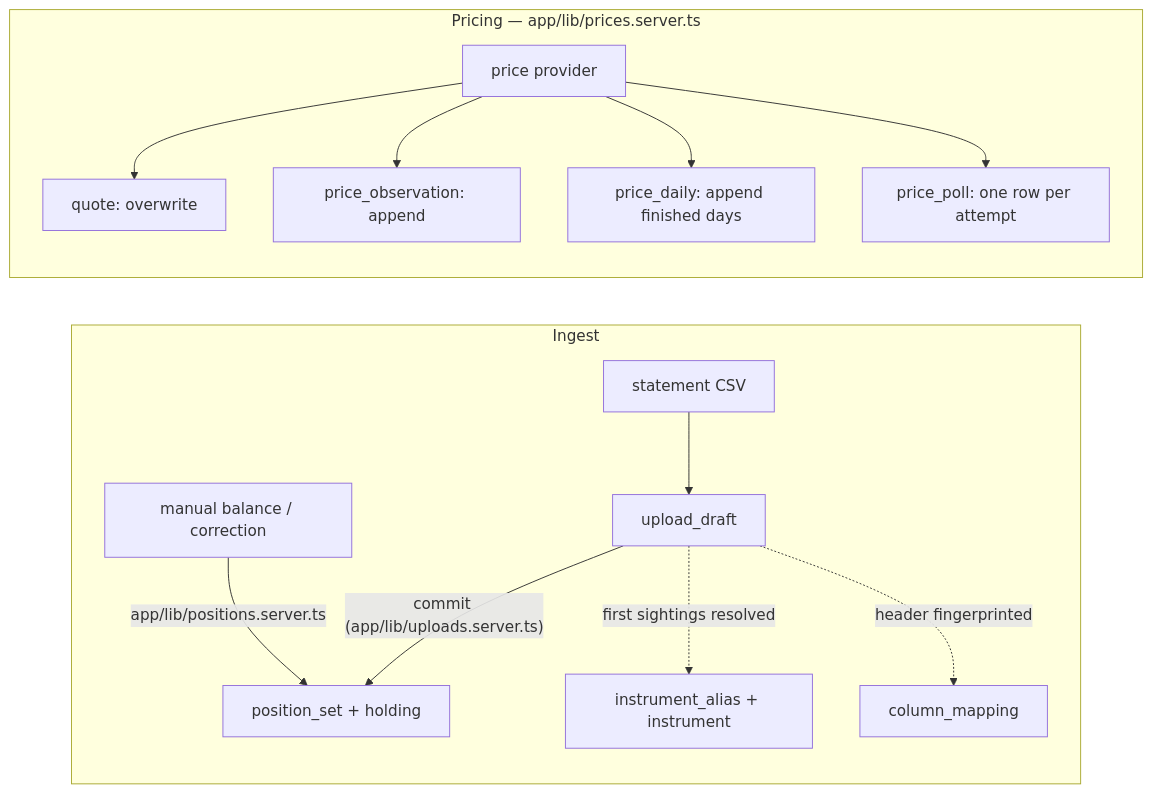
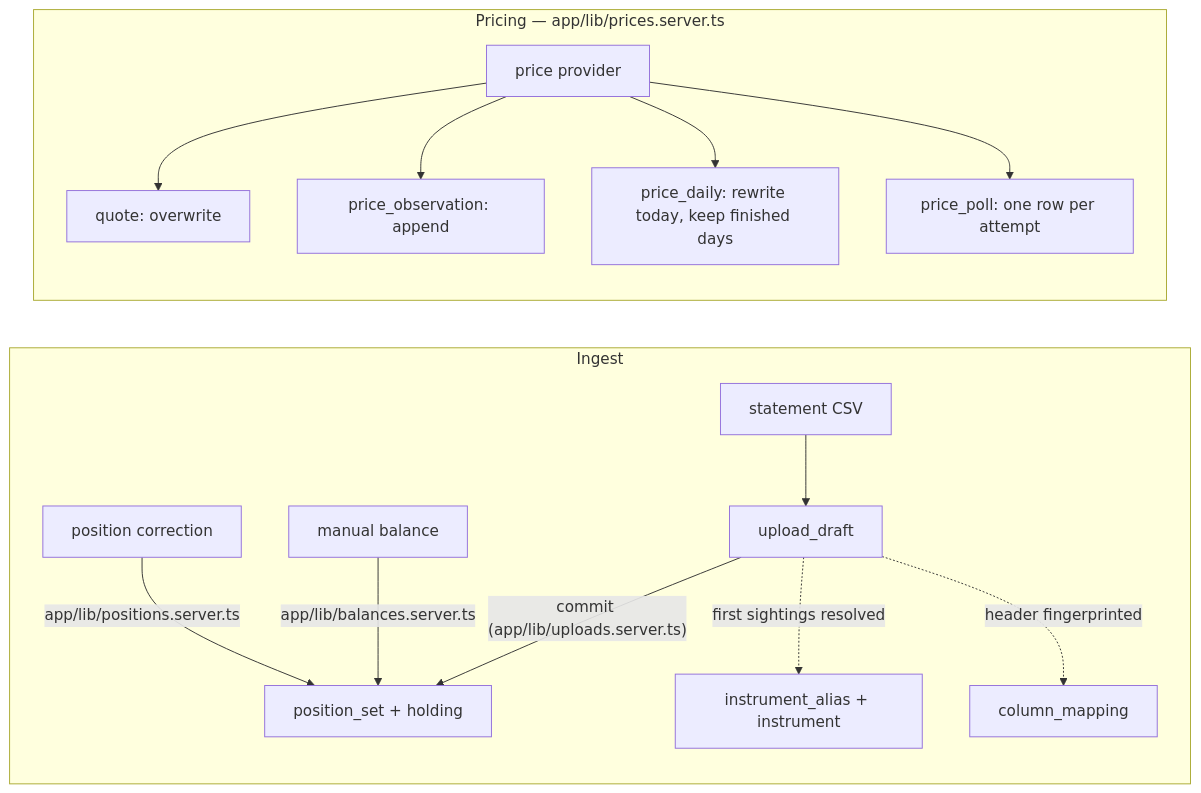
Before and after one commit to chethan123/portfolio: the second of 2 diagrams in docs/data-model.md, drawn with Mermaid. The commit also changed other lines of this file and 1 other file, not shown here.

````diff
--- a/docs/data-model.md
+++ b/docs/data-model.md
@@ -510,16 +517,17 @@
 ```mermaid
 flowchart LR
     subgraph ingest [Ingest]
         CSV[statement CSV] --> UD[upload_draft]
         UD -->|"commit (app/lib/uploads.server.ts)"| PS[position_set + holding]
-        MB[manual balance / correction] -->|app/lib/positions.server.ts| PS
+        MB[manual balance] -->|app/lib/balances.server.ts| PS
+        PC[position correction] -->|app/lib/positions.server.ts| PS
         UD -.->|first sightings resolved| IA[instrument_alias + instrument]
         UD -.->|header fingerprinted| CM[column_mapping]
     end
     subgraph pricing [Pricing — app/lib/prices.server.ts]
         P[price provider] --> Q[quote: overwrite]
         P --> PO[price_observation: append]
-        P --> PD[price_daily: append finished days]
+        P --> PD[price_daily: rewrite today, keep finished days]
         P --> PL[price_poll: one row per attempt]
     end
 ```
````
